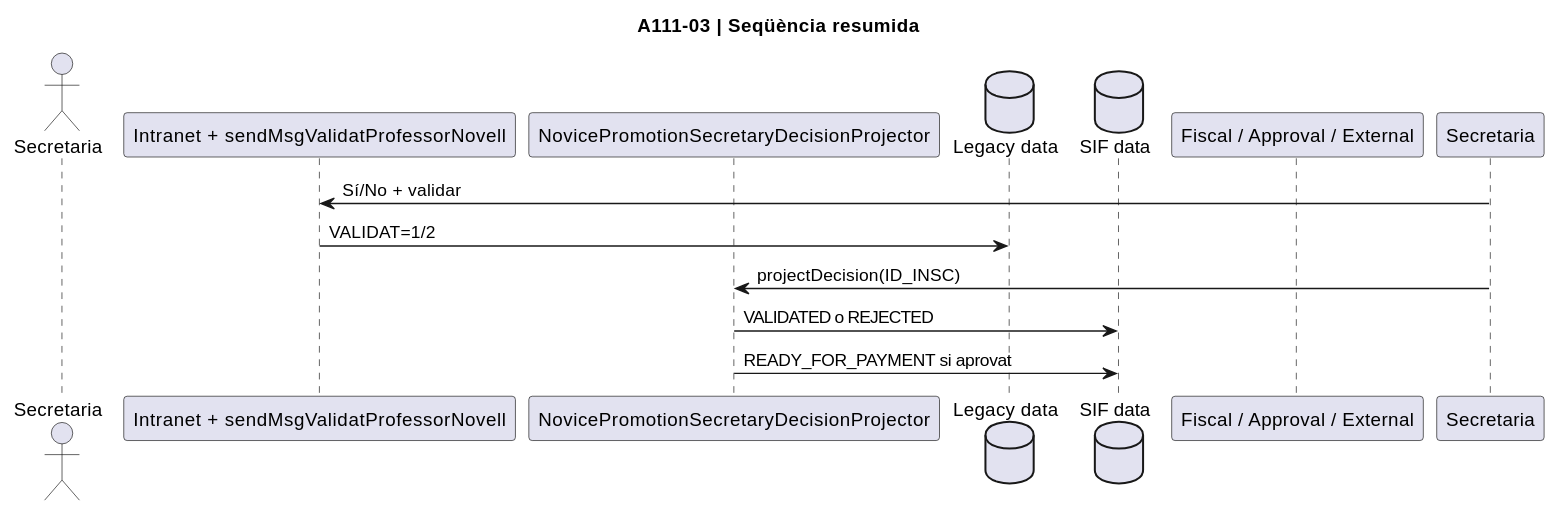
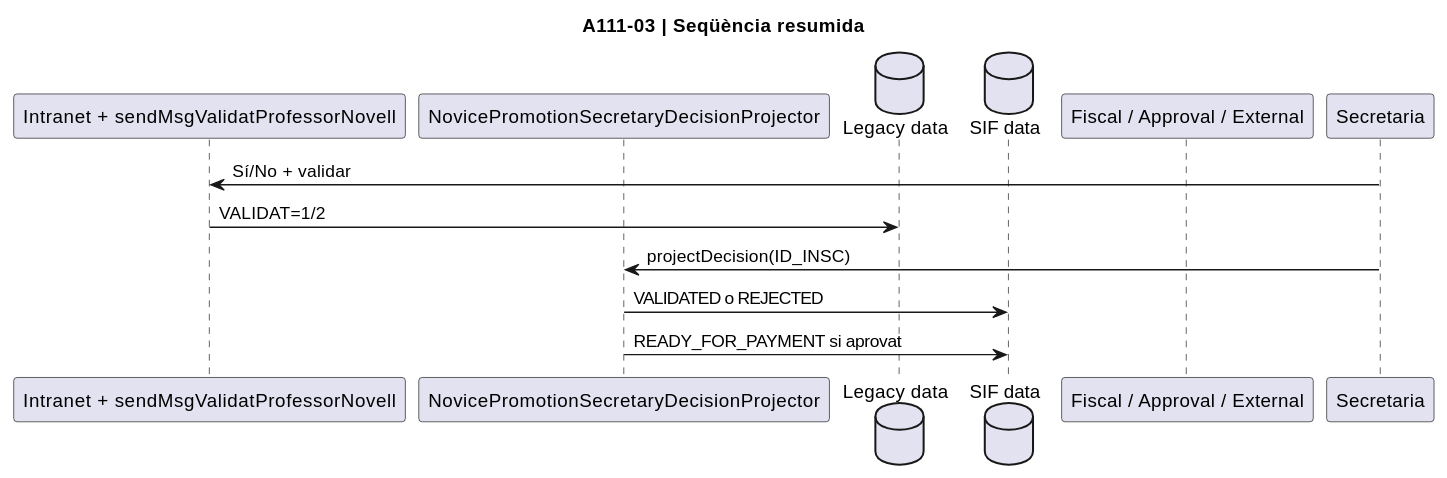
One commit to orgmeriemprismacat-del/verifactu changed diagram 11 of 48 in documentacio/07-uml-integrat/uc-111-diagrames-per-accio.md. Above: the diagram before and after it, drawn with PlantUML. The commit also changed other lines of this file, not shown here.

Commit message:
docs UC-111 diagrams: remove duplicate sequence actors and use stable action-card links

````diff
--- a/documentacio/07-uml-integrat/uc-111-diagrames-per-accio.md
+++ b/documentacio/07-uml-integrat/uc-111-diagrames-per-accio.md
@@ -200,16 +195,15 @@
 ```plantuml
 @startuml
 title A111-03 | Seqüència resumida
-actor "Secretaria" as Actor
 participant "Intranet + sendMsgValidatProfessorNovell" as Legacy
 participant "NovicePromotionSecretaryDecisionProjector" as Final
 database "Legacy data" as LegacyDB
 database "SIF data" as SIFDB
 participant "Fiscal / Approval / External" as Fiscal
 Secretaria -> Legacy : Sí/No + validar
 Legacy -> LegacyDB : VALIDAT=1/2
 Secretaria -> Final : projectDecision(ID_INSC)
 Final -> SIFDB : VALIDATED o REJECTED
 Final -> SIFDB : READY_FOR_PAYMENT si aprovat
 @enduml
 ```
````
